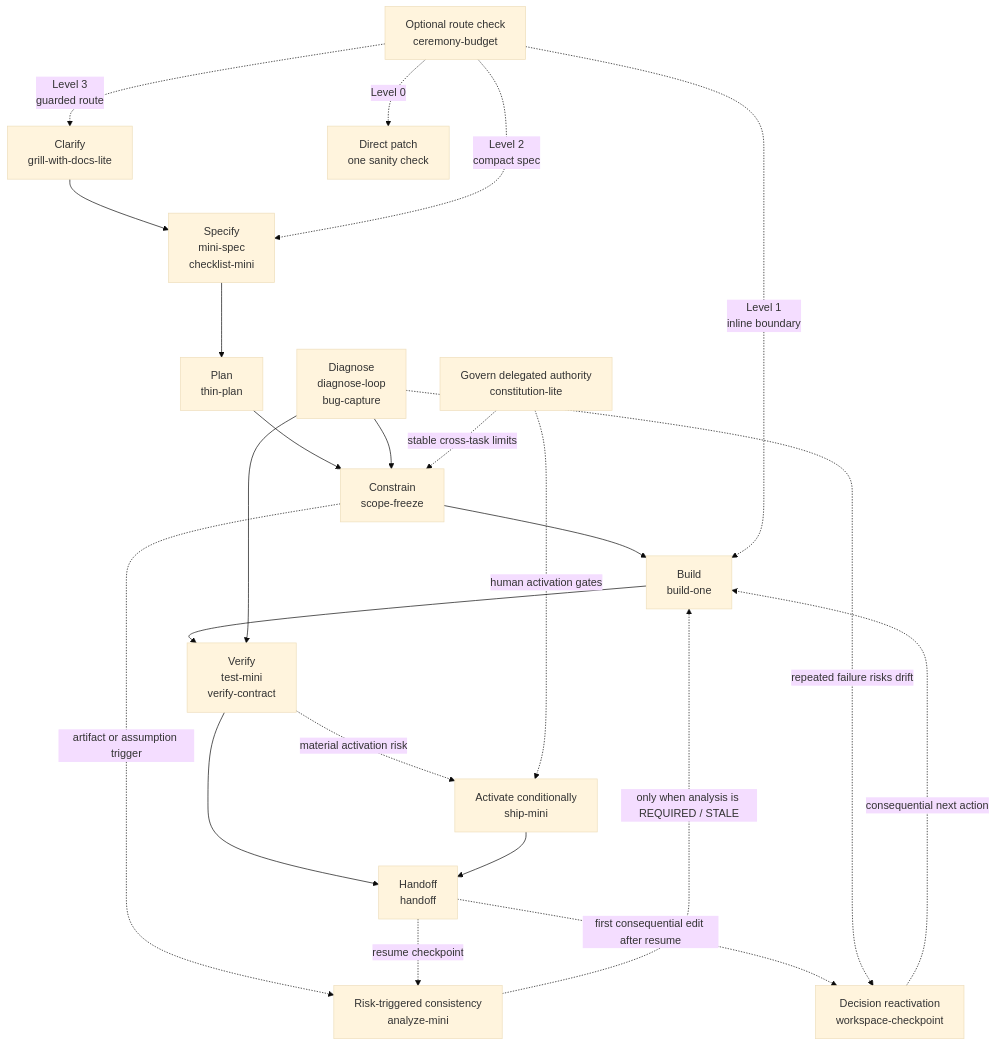
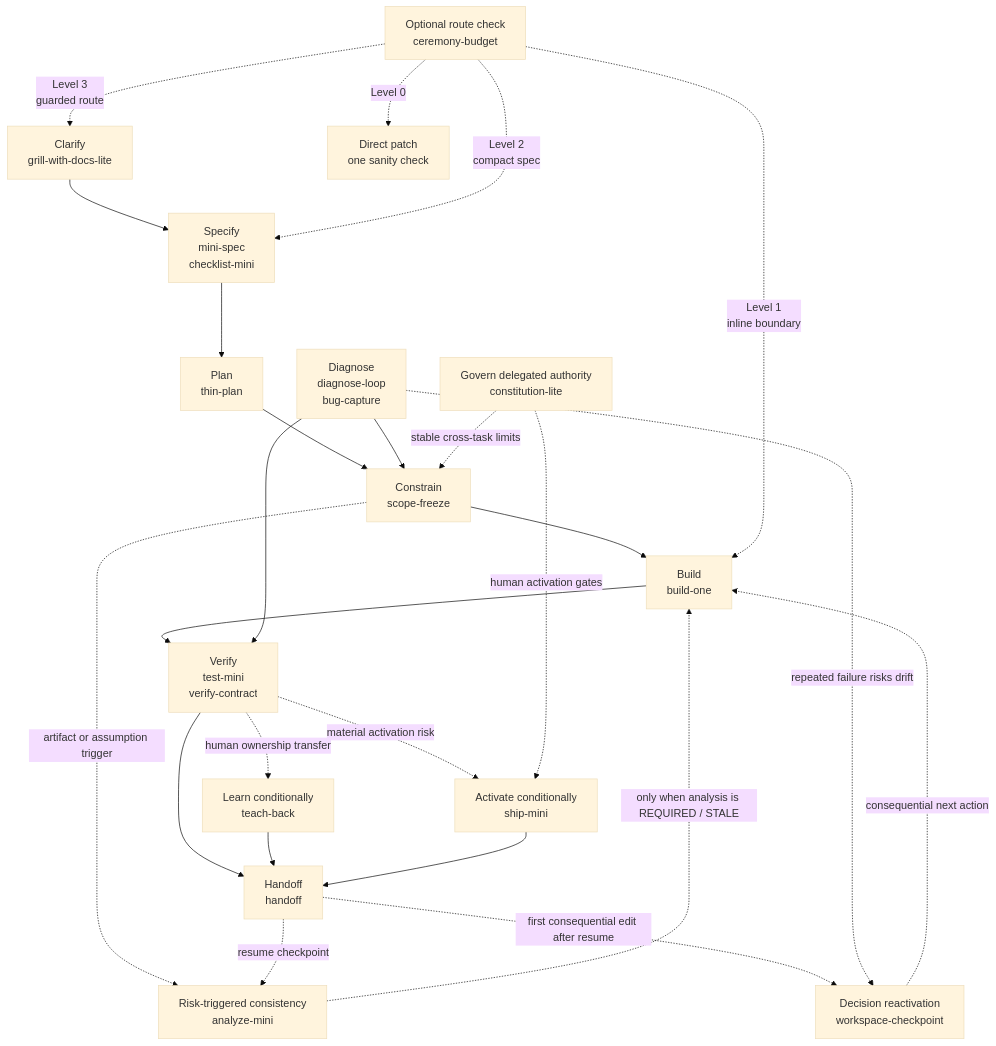
Before and after one commit to tmusser/ai-engineering-skills: the first of 2 diagrams in docs/skill-map.md, drawn with Mermaid (base theme). The commit also changed other lines of this file, not shown here.

Commit message:
docs: route optional teach-back skill

````diff
--- a/docs/skill-map.md
+++ b/docs/skill-map.md
@@ -7,25 +7,27 @@
 ```mermaid
 flowchart TD
   A["Clarify<br/>grill-with-docs-lite"] --> B["Specify<br/>mini-spec<br/>checklist-mini"]
   B --> C["Plan<br/>thin-plan"]
   C --> D["Constrain<br/>scope-freeze"]
   D --> E["Build<br/>build-one"]
   E --> F["Verify<br/>test-mini<br/>verify-contract"]
   F --> H["Handoff<br/>handoff"]
+  F -. "human ownership transfer" .-> T["Learn conditionally<br/>teach-back"]
+  T --> H
   F -. "material activation risk" .-> G["Activate conditionally<br/>ship-mini"]
   G --> H
   I["Diagnose<br/>diagnose-loop<br/>bug-capture"] --> D
   I --> F
   J["Optional route check<br/>ceremony-budget"] -. "Level 0" .-> P["Direct patch<br/>one sanity check"]
   J -. "Level 1<br/>inline boundary" .-> E
   J -. "Level 2<br/>compact spec" .-> B
   J -. "Level 3<br/>guarded route" .-> A
   K["Govern delegated authority<br/>constitution-lite"] -. "stable cross-task limits" .-> D
   K -. "human activation gates" .-> G
   L["Risk-triggered consistency<br/>analyze-mini"] -. "only when analysis is REQUIRED / STALE" .-> E
   D -. "artifact or assumption trigger" .-> L
   H -. "resume checkpoint" .-> L
   M["Decision reactivation<br/>workspace-checkpoint"] -. "consequential next action" .-> E
   H -. "first consequential edit after resume" .-> M
   I -. "repeated failure risks drift" .-> M
 ```
````
